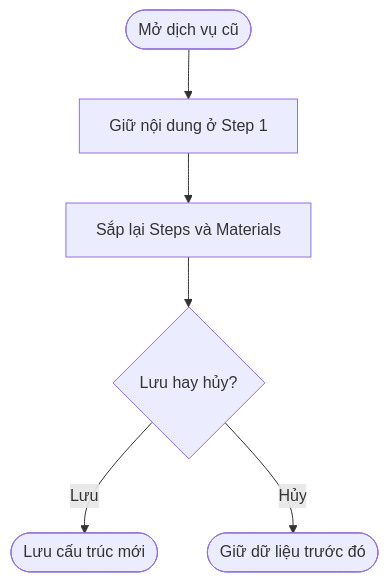
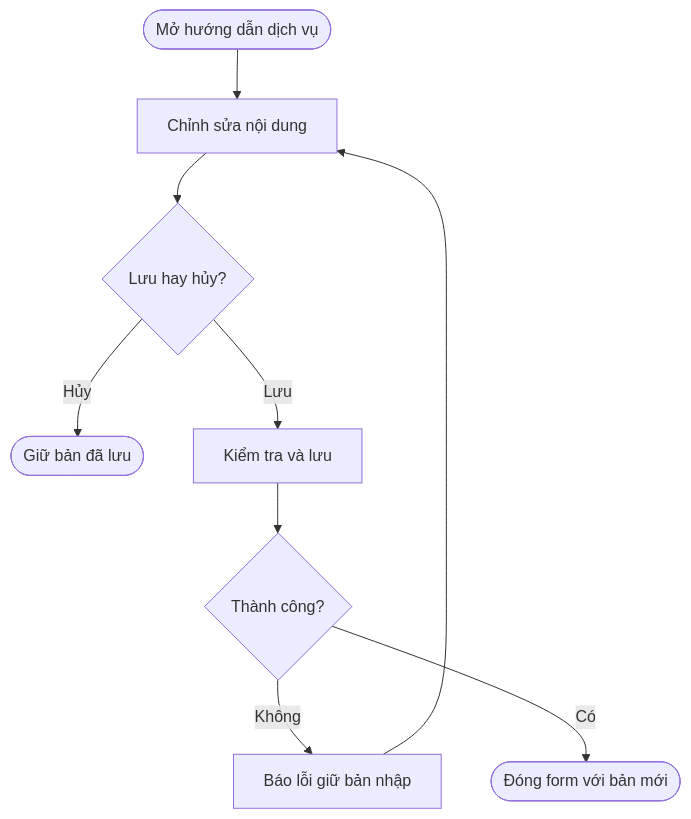
One commit to maivtn/taxiq changed the fourth of 4 diagrams in docs/business/service-steps-materials.md. Above: the diagram before and after it, drawn with Mermaid. The commit also changed other lines of this file, not shown here.

Commit message:
docs(pos): rewrite steps and materials user stories

````diff
--- a/docs/business/service-steps-materials.md
+++ b/docs/business/service-steps-materials.md
@@ -95,8 +201,11 @@
 ```mermaid
 flowchart TD
-    A([Mở dịch vụ cũ]) --> B[Giữ nội dung ở Step 1]
-    B --> C[Sắp lại Steps và Materials]
-    C --> D{Lưu hay hủy?}
-    D -- Lưu --> E([Lưu cấu trúc mới])
-    D -- Hủy --> F([Giữ dữ liệu trước đó])
+    A([Mở hướng dẫn dịch vụ]) --> B[Chỉnh sửa nội dung]
+    B --> C{Lưu hay hủy?}
+    C -- Hủy --> D([Giữ bản đã lưu])
+    C -- Lưu --> E[Kiểm tra và lưu]
+    E --> F{Thành công?}
+    F -- Không --> G[Báo lỗi giữ bản nhập]
+    G --> B
+    F -- Có --> H([Đóng form với bản mới])
 ```
````
